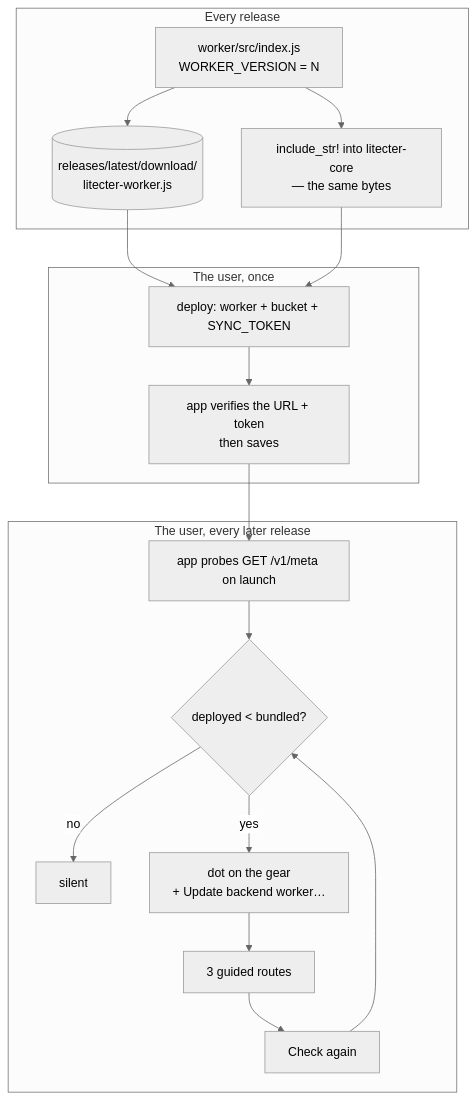
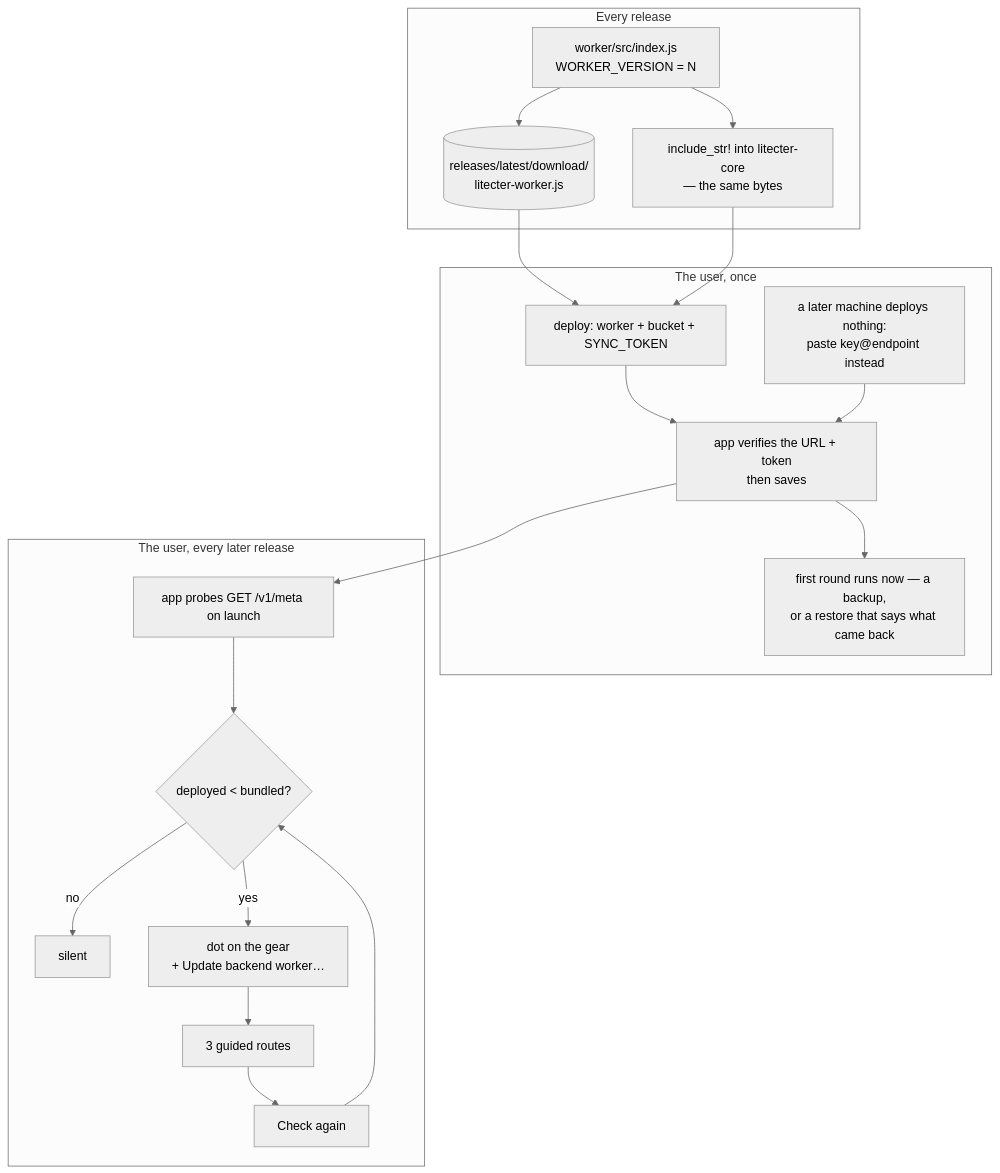
Before and after one commit to boat-builder/litecter: the first of 2 diagrams in docs/self-hosted-backend.md, drawn with Mermaid (neutral theme). The commit also changed other lines of this file and 8 other files, not shown here.

````diff
--- a/docs/self-hosted-backend.md
+++ b/docs/self-hosted-backend.md
@@ -24,20 +24,22 @@
 ```mermaid
 flowchart TD
   subgraph ours[Every release]
     W["worker/src/index.js<br/>WORKER_VERSION = N"] --> REL[("releases/latest/download/<br/>litecter-worker.js")]
     W --> INC["include_str! into litecter-core<br/>— the same bytes"]
   end
   subgraph once[The user, once]
     REL --> DEP[deploy: worker + bucket + SYNC_TOKEN]
     INC --> DEP
     DEP --> CONN[app verifies the URL + token<br/>then saves]
+    LINK["a later machine deploys nothing:<br/>paste key@endpoint instead"] --> CONN
+    CONN --> FIRST[first round runs now — a backup,<br/>or a restore that says what came back]
   end
   subgraph later[The user, every later release]
     CONN --> PROBE["app probes GET /v1/meta on launch"]
     PROBE --> CMP{deployed &lt; bundled?}
     CMP -->|no| OK[silent]
     CMP -->|yes| DOT["dot on the gear<br/>+ Update backend worker…"]
     DOT --> ROUTES[3 guided routes]
     ROUTES --> RECHECK[Check again] --> CMP
   end
 ```
````
